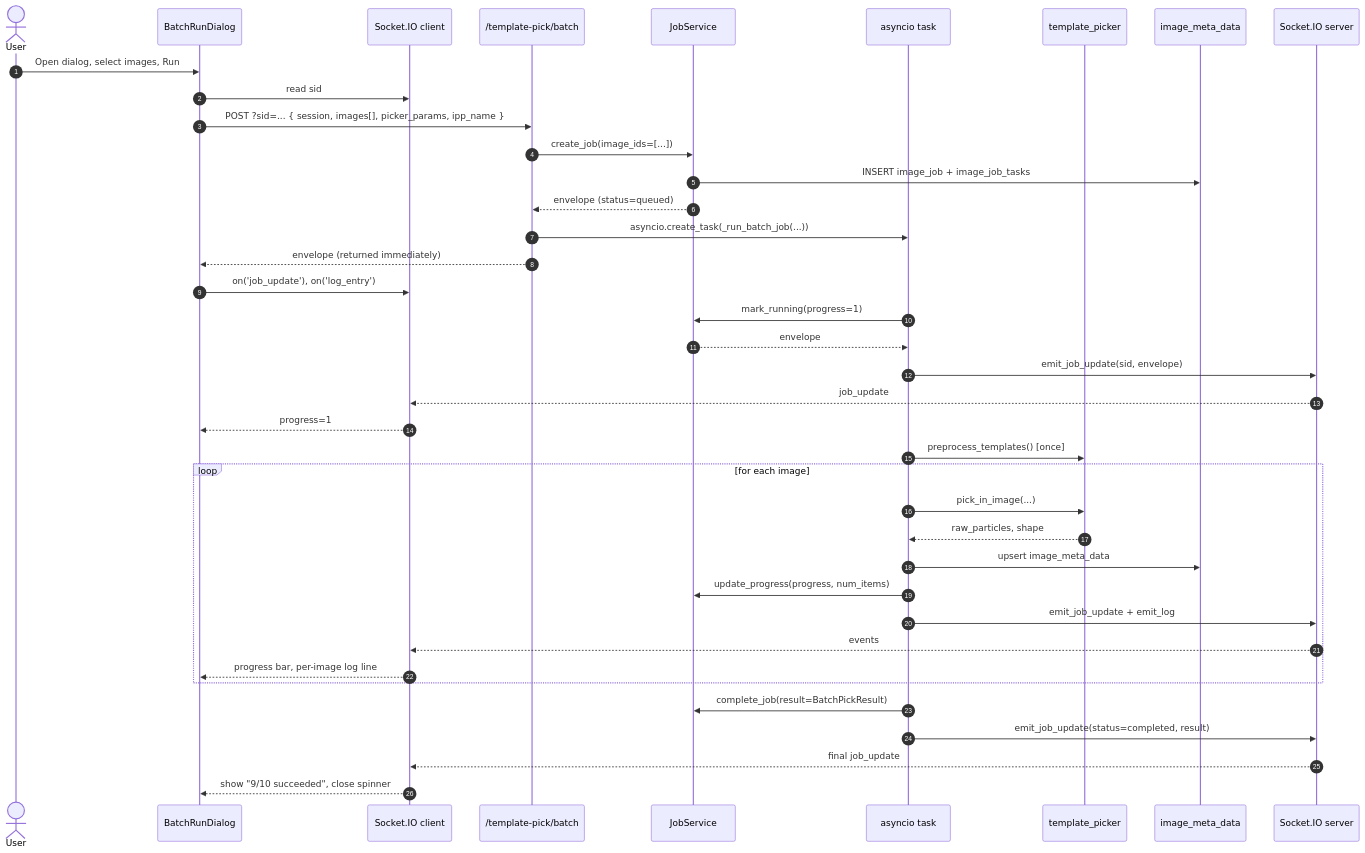
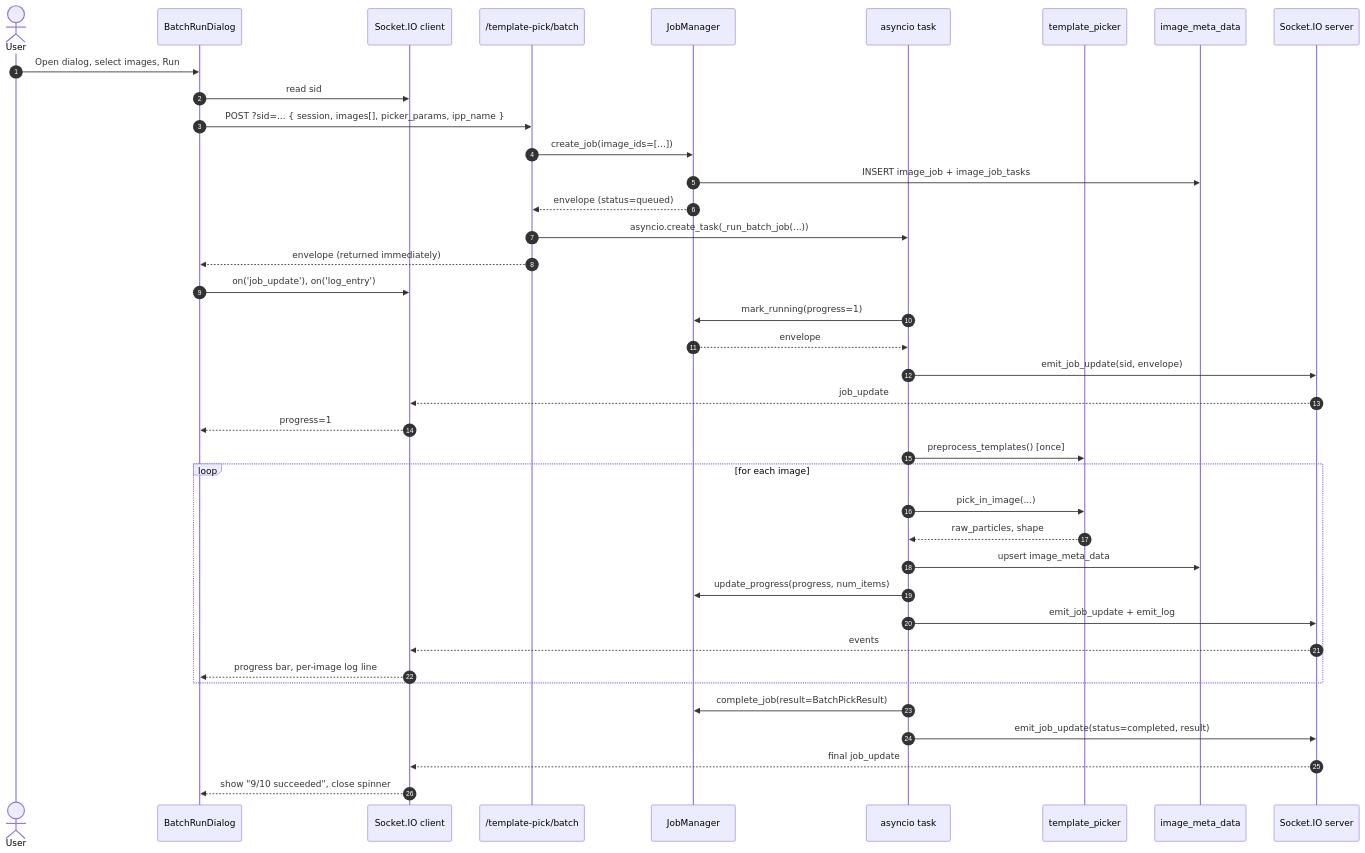
Diagram 11 of 12 in CoreService/docs/architecture/PLUGIN_ARCHITECTURE.md (sstagg/Magellon), drawn with Mermaid before and after one commit. The commit also changed other lines of this file and 8 other files, not shown here.

First line of the commit message:
Phase A.3 / N.1: extract JobManager as the single state writer

````diff
--- a/CoreService/docs/architecture/PLUGIN_ARCHITECTURE.md
+++ b/CoreService/docs/architecture/PLUGIN_ARCHITECTURE.md
@@ -471,46 +471,46 @@
 ```mermaid
 sequenceDiagram
     autonumber
     actor U as User
     participant BD as BatchRunDialog
     participant Sock as Socket.IO client
     participant API as /template-pick/batch
-    participant JobSvc as JobService
+    participant JobSvc as JobManager
     participant Task as asyncio task
     participant Svc as template_picker
     participant DB as image_meta_data
     participant SIO as Socket.IO server
 
     U->>BD: Open dialog, select images, Run
     BD->>Sock: read sid
     BD->>API: POST ?sid=... { session, images[], picker_params, ipp_name }
     API->>JobSvc: create_job(image_ids=[...])
     JobSvc->>DB: INSERT image_job + image_job_tasks
     JobSvc-->>API: envelope (status=queued)
     API->>Task: asyncio.create_task(_run_batch_job(...))
     API-->>BD: envelope (returned immediately)
     BD->>Sock: on('job_update'), on('log_entry')
 
     Task->>JobSvc: mark_running(progress=1)
     JobSvc-->>Task: envelope
     Task->>SIO: emit_job_update(sid, envelope)
     SIO-->>Sock: job_update
     Sock-->>BD: progress=1
 
     Task->>Svc: preprocess_templates() [once]
 
     loop for each image
         Task->>Svc: pick_in_image(...)
         Svc-->>Task: raw_particles, shape
         Task->>DB: upsert image_meta_data
         Task->>JobSvc: update_progress(progress, num_items)
         Task->>SIO: emit_job_update + emit_log
         SIO-->>Sock: events
         Sock-->>BD: progress bar, per-image log line
     end
 
     Task->>JobSvc: complete_job(result=BatchPickResult)
     Task->>SIO: emit_job_update(status=completed, result)
     SIO-->>Sock: final job_update
     Sock-->>BD: show "9/10 succeeded", close spinner
 ```
````
